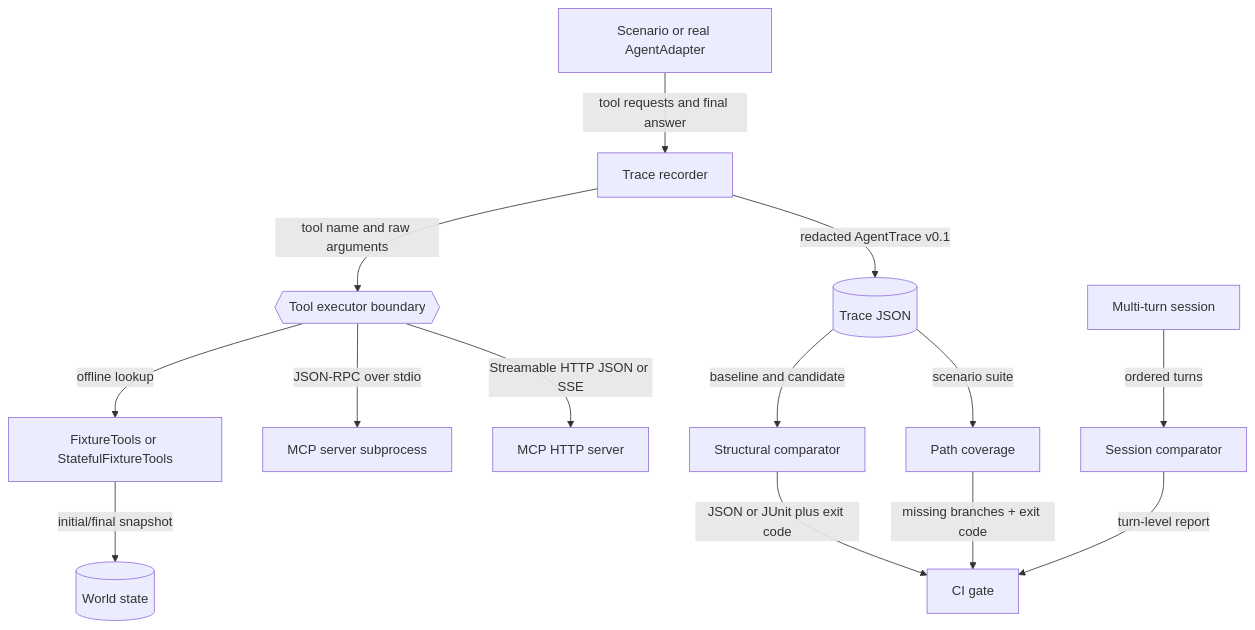
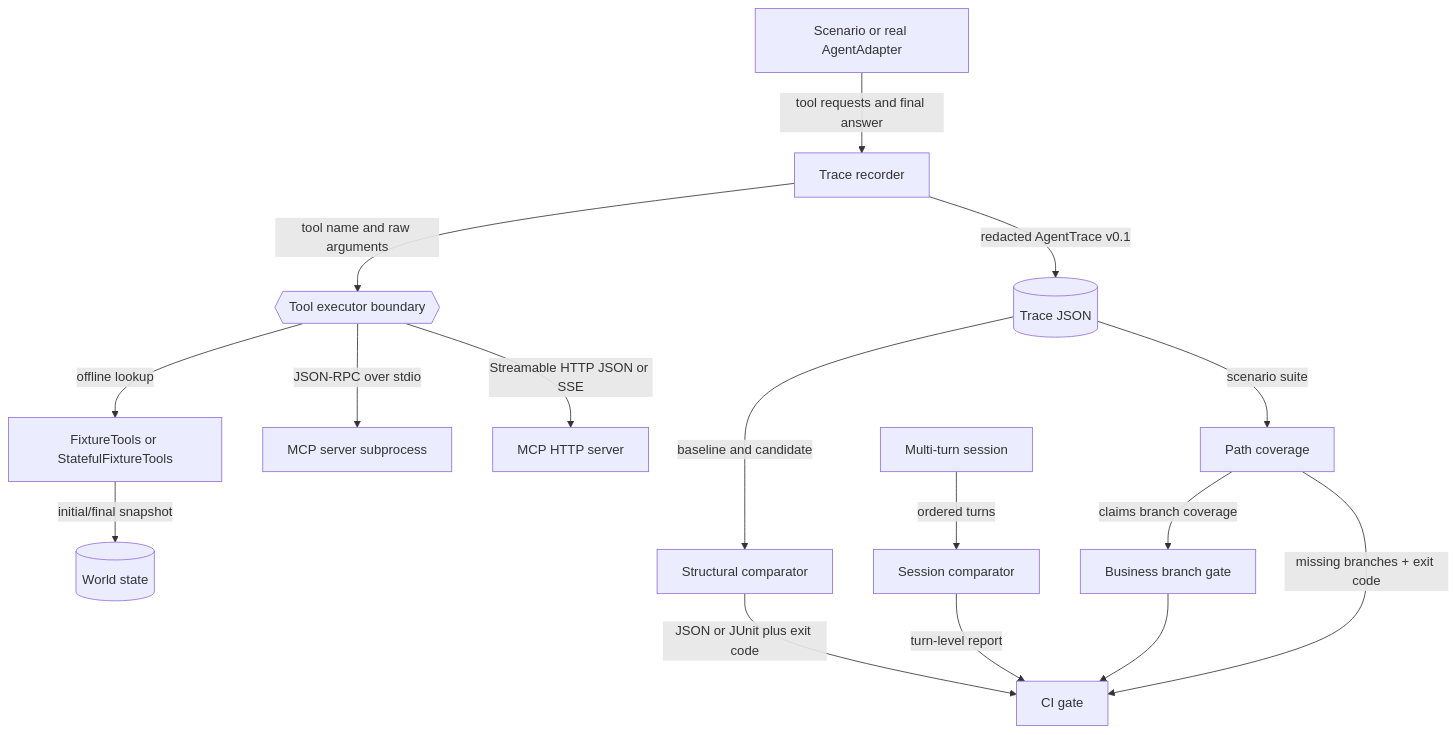
One commit to ANTAO94/agent-regression-kit changed the first of 2 diagrams in docs/architecture.md. Above: the diagram before and after it, drawn with Mermaid. The commit also changed other lines of this file and 18 other files, not shown here.

Commit message:
feat: add session continuity and business branch coverage

````diff
--- a/docs/architecture.md
+++ b/docs/architecture.md
@@ -5,16 +5,18 @@
 ```mermaid
 flowchart TD
     Scenario[Scenario or real AgentAdapter] -->|tool requests and final answer| Recorder[Trace recorder]
     Recorder -->|tool name and raw arguments| Executor{{Tool executor boundary}}
     Executor -->|offline lookup| Fixture[FixtureTools or StatefulFixtureTools]
     Fixture -->|initial/final snapshot| World[(World state)]
     Executor -->|JSON-RPC over stdio| MCP[MCP server subprocess]
     Executor -->|Streamable HTTP JSON or SSE| HTTP[MCP HTTP server]
     Recorder -->|redacted AgentTrace v0.1| Trace[(Trace JSON)]
     Trace -->|baseline and candidate| Compare[Structural comparator]
     Compare -->|JSON or JUnit plus exit code| CI[CI gate]
     Session[Multi-turn session] -->|ordered turns| SessionCompare[Session comparator]
     SessionCompare -->|turn-level report| CI
+    Coverage -->|claims branch coverage| BusinessGate[Business branch gate]
+    BusinessGate --> CI
     Trace -->|scenario suite| Coverage[Path coverage]
     Coverage -->|missing branches + exit code| CI
 ```
````
